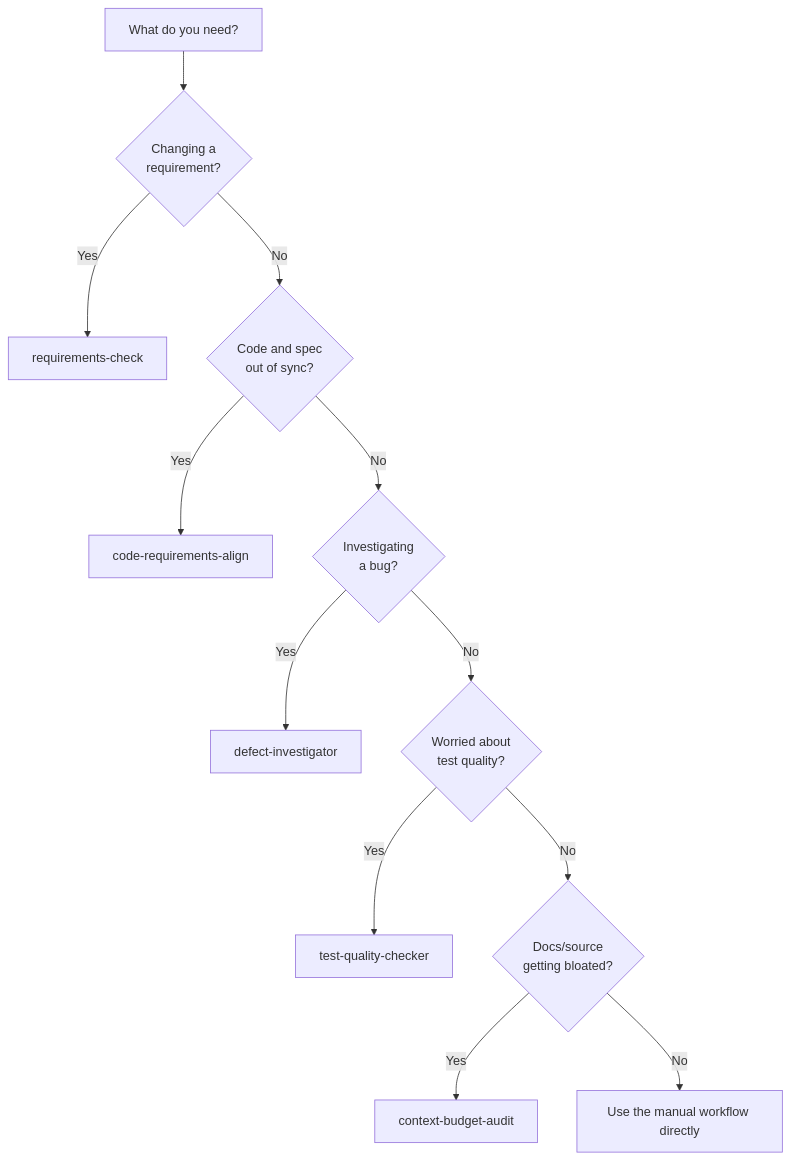
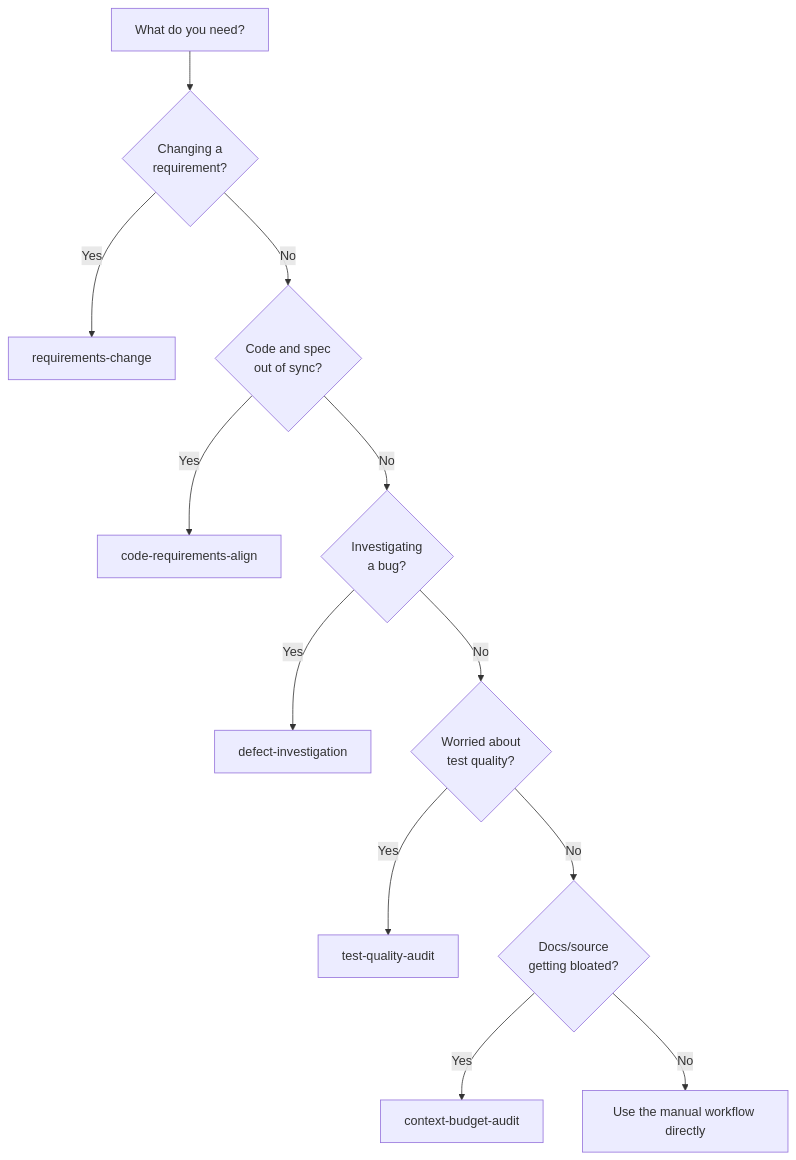
Before and after one commit to turbo-gecko/CPM_FM: the fifth of 6 diagrams in docs/dev_guideline.md, drawn with Mermaid. The commit also changed other lines of this file and 29 other files, not shown here.

````diff
--- a/docs/dev_guideline.md
+++ b/docs/dev_guideline.md
@@ -296,14 +303,14 @@
 ```mermaid
 flowchart TD
     Q[What do you need?] --> A{Changing a<br/>requirement?}
-    A -- Yes --> R[requirements-check]
+    A -- Yes --> R[requirements-change]
     A -- No --> B{Code and spec<br/>out of sync?}
     B -- Yes --> C[code-requirements-align]
     B -- No --> D{Investigating<br/>a bug?}
-    D -- Yes --> E[defect-investigator]
+    D -- Yes --> E[defect-investigation]
     D -- No --> F{Worried about<br/>test quality?}
-    F -- Yes --> G[test-quality-checker]
+    F -- Yes --> G[test-quality-audit]
     F -- No --> H{Docs/source<br/>getting bloated?}
     H -- Yes --> I[context-budget-audit]
     H -- No --> J[Use the manual workflow directly]
 ```
````
